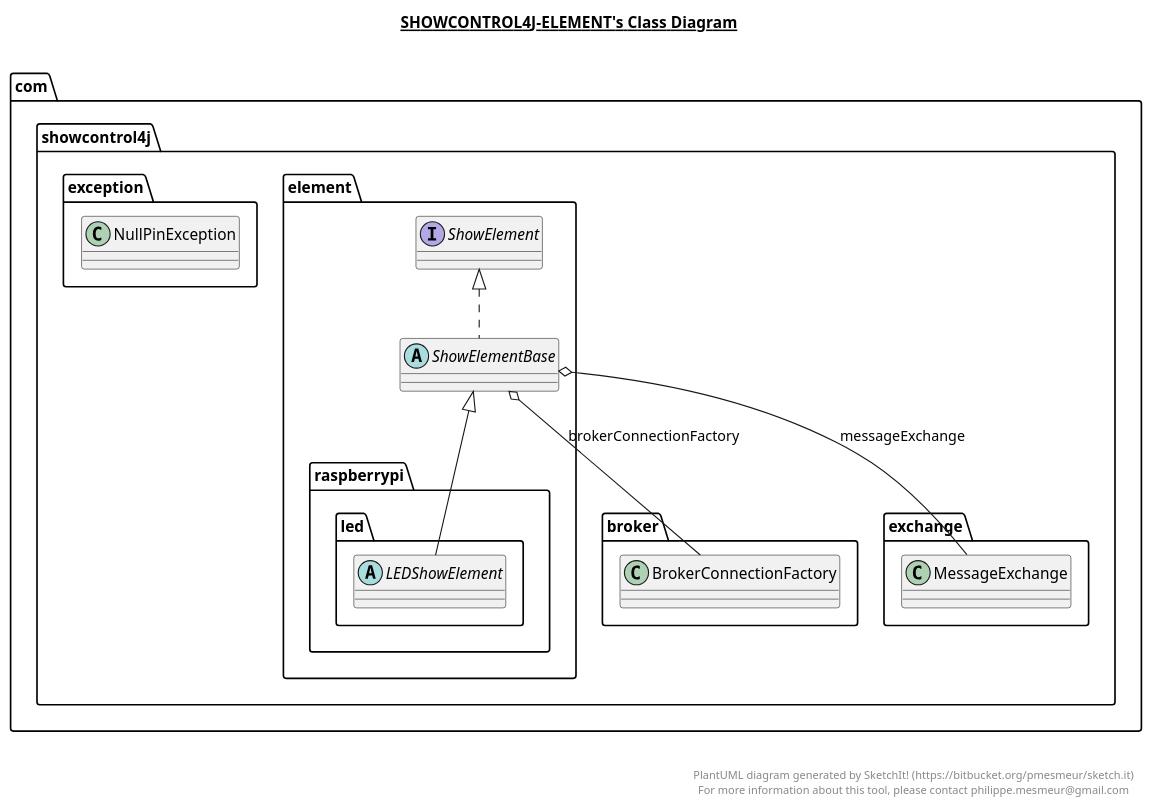
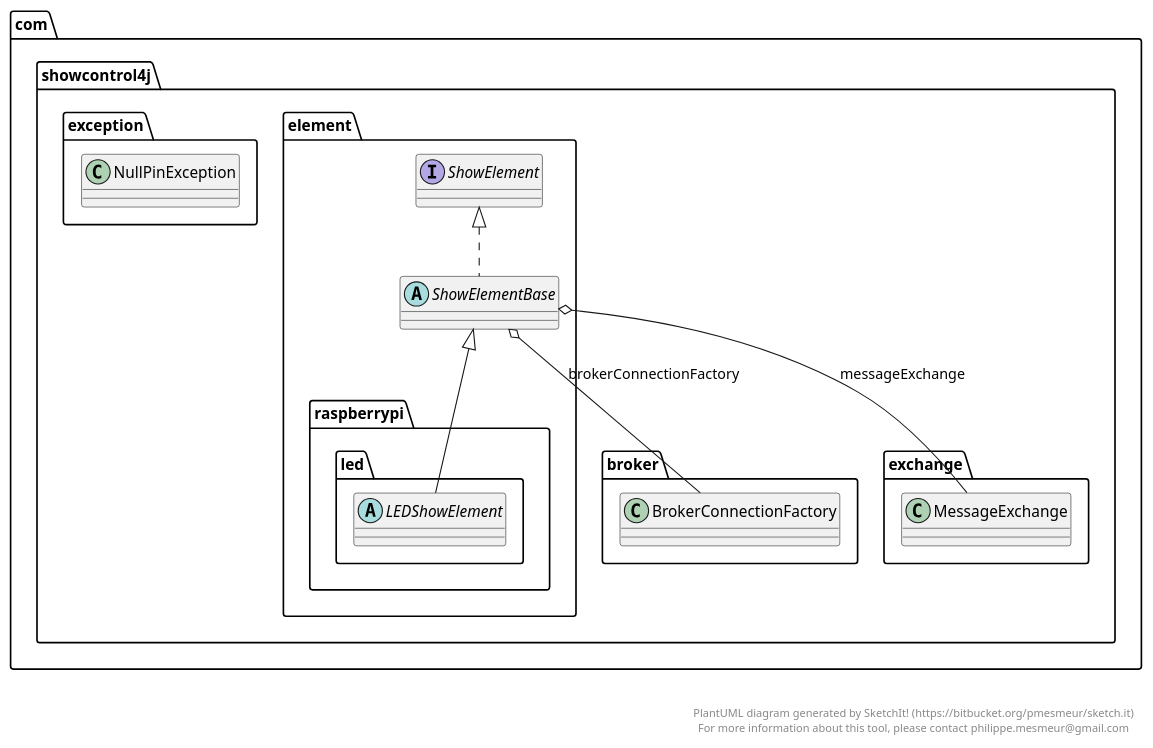
One commit to JamesHare/ShowControl4J changed the diagram in showcontrol4j-element/showcontrol4j-element.plantuml. Above: the diagram before and after it, drawn with PlantUML. The commit also changed 5 other files, not shown here.

```diff
--- a/showcontrol4j-element/showcontrol4j-element.plantuml
+++ b/showcontrol4j-element/showcontrol4j-element.plantuml
@@ -1,44 +1,42 @@
 @startuml
-
-title __SHOWCONTROL4J-ELEMENT's Class Diagram__\n
 
   namespace com.showcontrol4j.element {
     interface com.showcontrol4j.element.ShowElement {
     }
   }
   
 
   namespace com.showcontrol4j.element {
     abstract class com.showcontrol4j.element.ShowElementBase {
     }
   }
   
 
   namespace com.showcontrol4j.element {
     namespace raspberrypi.led {
       abstract class com.showcontrol4j.element.raspberrypi.led.LEDShowElement {
       }
     }
   }
   
 
   namespace com.showcontrol4j.exception {
     class com.showcontrol4j.exception.NullPinException {
     }
   }
   
 
   com.showcontrol4j.element.ShowElementBase .up.|> com.showcontrol4j.element.ShowElement
   com.showcontrol4j.element.ShowElementBase o-- com.showcontrol4j.broker.BrokerConnectionFactory : brokerConnectionFactory
   com.showcontrol4j.element.ShowElementBase o-- com.showcontrol4j.exchange.MessageExchange : messageExchange
   com.showcontrol4j.element.raspberrypi.led.LEDShowElement -up-|> com.showcontrol4j.element.ShowElementBase
 
 
 right footer
 
 
 PlantUML diagram generated by SketchIt! (https://bitbucket.org/pmesmeur/sketch.it)
 For more information about this tool, please contact philippe.mesmeur@gmail.com
 endfooter
 
 @enduml
```
